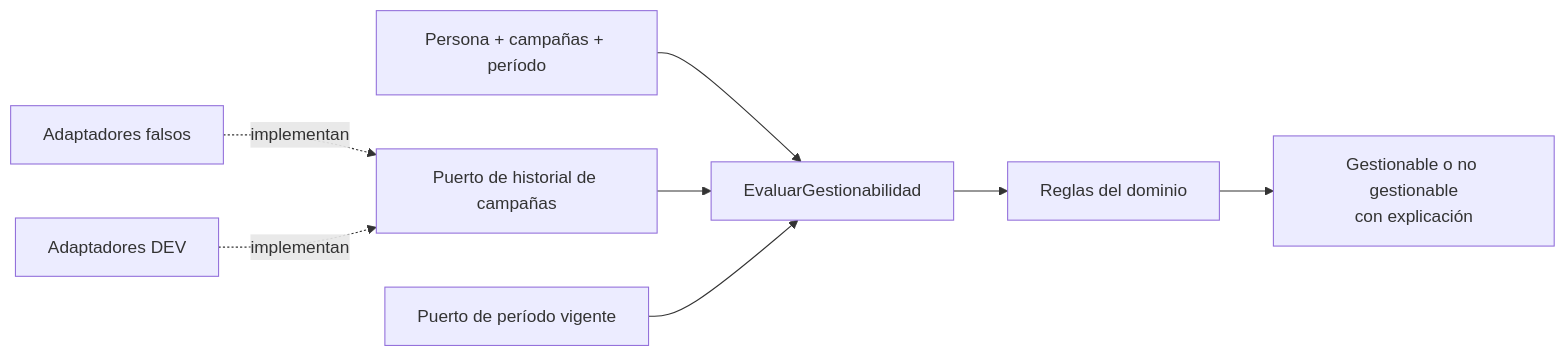
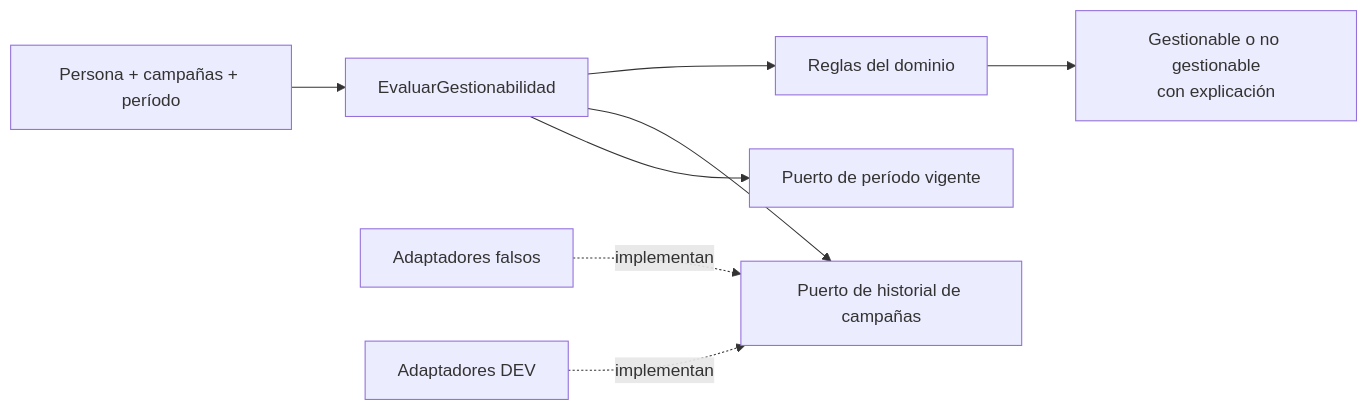
The sixth of 6 diagrams in docs/architecture/diagrams/to-be-crm-patrimonial-next.md (guilledpn/KNwS7F_2a2LZ7MS), drawn with Mermaid before and after one commit. The commit also changed other lines of this file, not shown here.

Commit message:
docs(architecture): clarify hexagonal layers and modular contexts

````diff
--- a/docs/architecture/diagrams/to-be-crm-patrimonial-next.md
+++ b/docs/architecture/diagrams/to-be-crm-patrimonial-next.md
@@ -95,11 +233,11 @@
 ```mermaid
 flowchart LR
     INPUT["Persona + campañas + período"] --> USECASE["EvaluarGestionabilidad"]
     USECASE --> RULES["Reglas del dominio"]
     RULES --> RESULT["Gestionable o no gestionable\ncon explicación"]
 
-    REPO["Puerto de historial de campañas"] --> USECASE
-    CLOCK["Puerto de período vigente"] --> USECASE
-    FAKE["Adaptadores falsos"] -. implementan .-> REPO
-    DEV["Adaptadores DEV"] -. implementan .-> REPO
+    USECASE --> HISTORY["Puerto de historial de campañas"]
+    USECASE --> PERIOD["Puerto de período vigente"]
+    FAKE2["Adaptadores falsos"] -. implementan .-> HISTORY
+    DEV["Adaptadores DEV"] -. implementan .-> HISTORY
 ```
````
